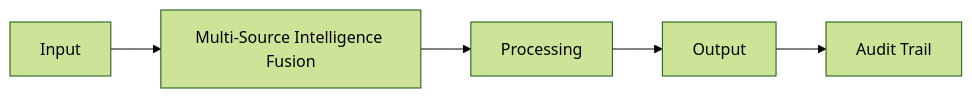
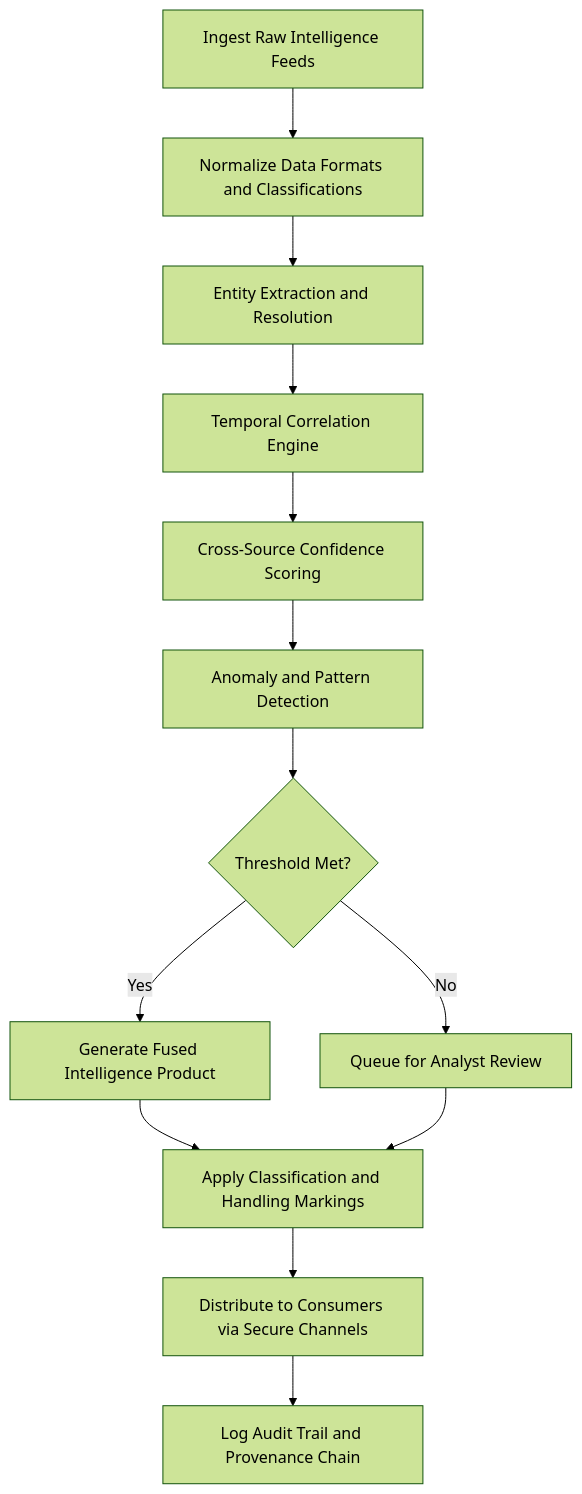
One commit to andrew-leo-2024/marketplace-docs changed the diagram in docs/audiences/02-defense-security/multi-source-intelligence-fusion.mdx. Above: the diagram before and after it, drawn with Mermaid (forest theme). The commit also changed other lines of this file and 401 other files, not shown here.

````diff
--- a/docs/audiences/02-defense-security/multi-source-intelligence-fusion.mdx
+++ b/docs/audiences/02-defense-security/multi-source-intelligence-fusion.mdx
@@ -29,7 +35,15 @@
 ```mermaid
-graph LR
-    A[Input] --> B[Multi-Source Intelligence Fusion]
-    B --> C[Processing]
-    C --> D[Output]
-    D --> E[Audit Trail]
+graph TD
+    A[Ingest Raw Intelligence Feeds] --> B[Normalize Data Formats and Classifications]
+    B --> C[Entity Extraction and Resolution]
+    C --> D[Temporal Correlation Engine]
+    D --> E[Cross-Source Confidence Scoring]
+    E --> F[Anomaly and Pattern Detection]
+    F --> G{Threshold Met?}
+    G -->|Yes| H[Generate Fused Intelligence Product]
+    G -->|No| I[Queue for Analyst Review]
+    H --> J[Apply Classification and Handling Markings]
+    I --> J
+    J --> K[Distribute to Consumers via Secure Channels]
+    K --> L[Log Audit Trail and Provenance Chain]
 ```
````
